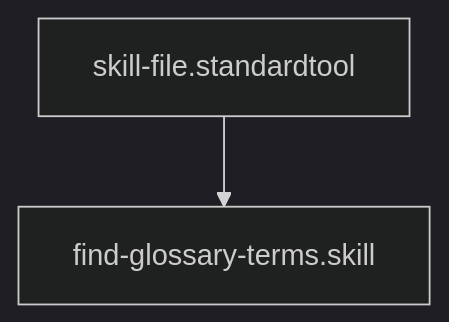
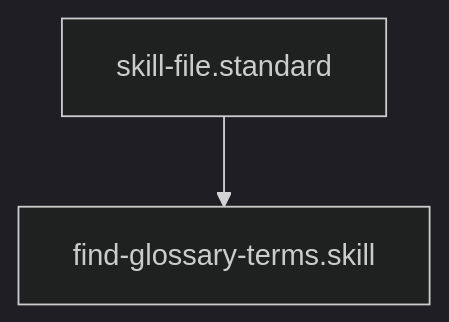
Before and after one commit to Gizmo4Life/ai-kernel: the diagram in skills/find-glossary-terms.skill.md, drawn with Mermaid (dark theme). The commit also changed other lines of this file and 89 other files, not shown here.

````diff
--- a/skills/find-glossary-terms.skill.md
+++ b/skills/find-glossary-terms.skill.md
@@ -25,4 +26,4 @@
 ```mermaid
 graph TD
-    skill-file.standardtool --> find-glossary-terms.skill
+    skill-file.standard --> find-glossary-terms.skill
 ```
````
